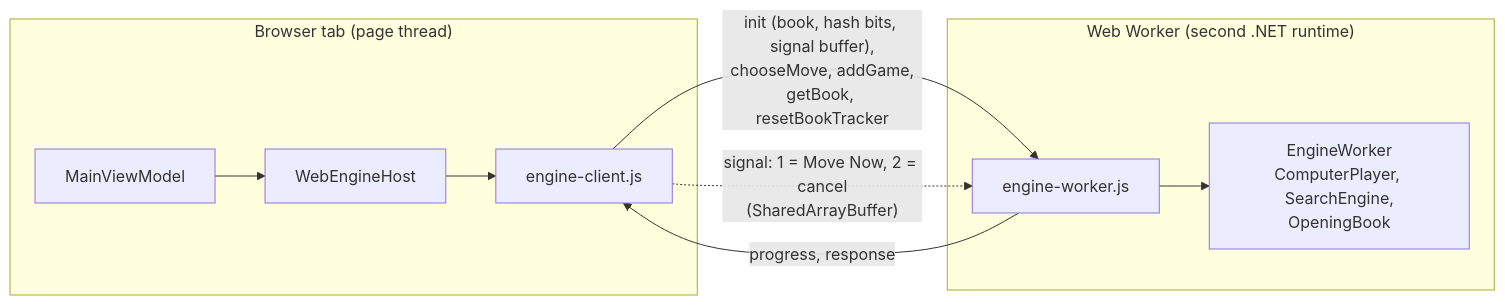
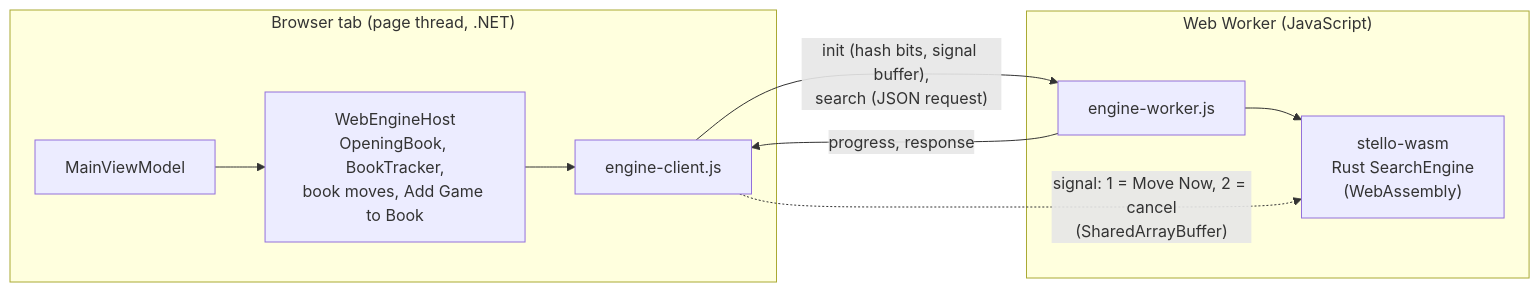
Before and after one commit to cjp-dev/Stello: the third of 5 diagrams in docs/14-app-integration.md, drawn with Mermaid. The commit also changed other lines of this file and 26 other files, not shown here.

First line of the commit message:
Stello 3.0 phase 4: About shows 3.0; the docs describe the Rust engine

````diff
--- a/docs/14-app-integration.md
+++ b/docs/14-app-integration.md
@@ -151,13 +169,13 @@
 ```mermaid
 flowchart LR
-    subgraph Page["Browser tab (page thread)"]
-        VM["MainViewModel"] --> Host["WebEngineHost"]
+    subgraph Page["Browser tab (page thread, .NET)"]
+        VM["MainViewModel"] --> Host["WebEngineHost<br/>OpeningBook, BookTracker,<br/>book moves, Add Game to Book"]
         Host --> Client["engine-client.js"]
     end
-    subgraph Worker["Web Worker (second .NET runtime)"]
-        W["engine-worker.js"] --> EW["EngineWorker<br/>ComputerPlayer, SearchEngine,<br/>OpeningBook"]
+    subgraph Worker["Web Worker (JavaScript)"]
+        W["engine-worker.js"] --> R["stello-wasm<br/>Rust SearchEngine<br/>(WebAssembly)"]
     end
-    Client -- "init (book, hash bits, signal buffer),<br/>chooseMove, addGame,<br/>getBook, resetBookTracker" --> W
+    Client -- "init (hash bits, signal buffer),<br/>search (JSON request)" --> W
     W -- "progress, response" --> Client
-    Client -. "signal: 1 = Move Now, 2 = cancel<br/>(SharedArrayBuffer)" .-> W
+    Client -. "signal: 1 = Move Now, 2 = cancel<br/>(SharedArrayBuffer)" .-> R
 ```
````
